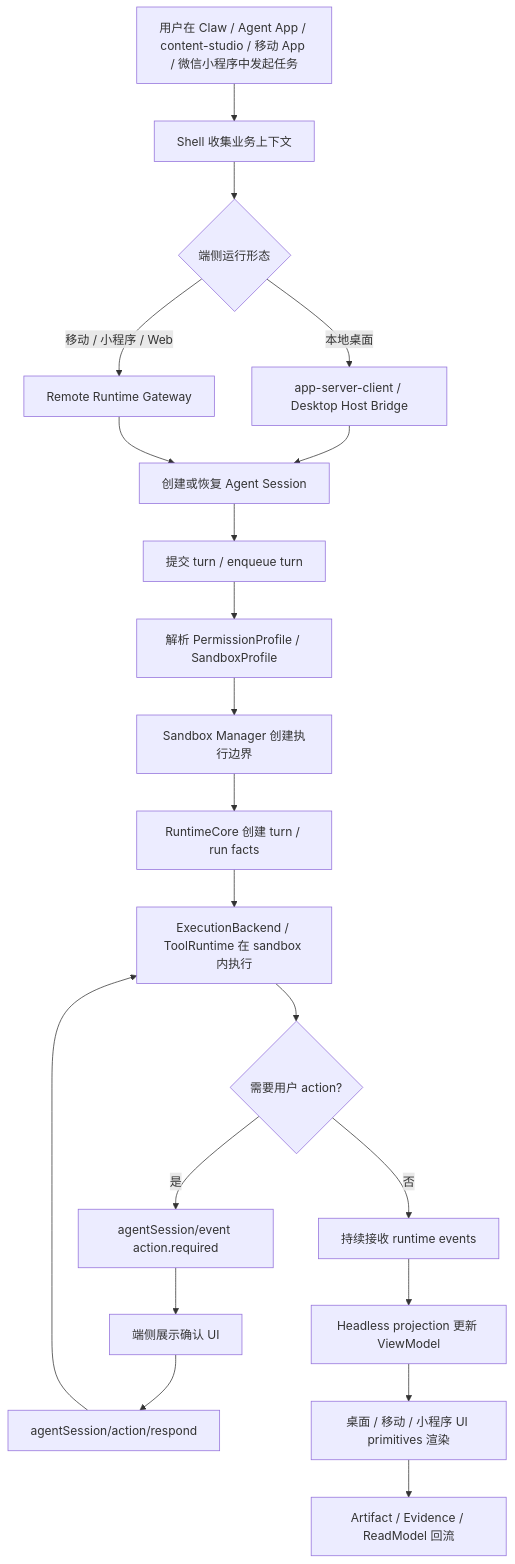
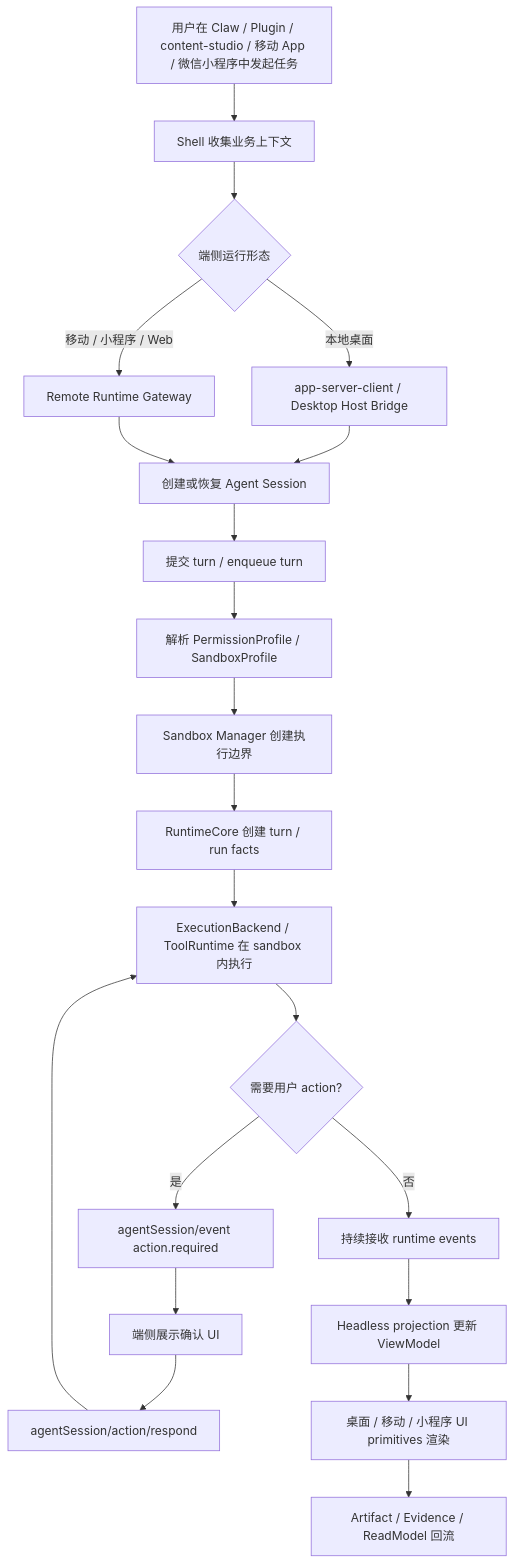
Before and after one commit to jiujuan/lime: the first of 11 diagrams in internal/prd/next/flowcharts.md, drawn with Mermaid. The commit also changed 527 other files, not shown here.

````diff
--- a/internal/prd/next/flowcharts.md
+++ b/internal/prd/next/flowcharts.md
@@ -8,23 +8,23 @@
 ```mermaid
 flowchart TD
-    A["用户在 Claw / Agent App / content-studio / 移动 App / 微信小程序中发起任务"] --> B["Shell 收集业务上下文"]
+    A["用户在 Claw / Plugin / content-studio / 移动 App / 微信小程序中发起任务"] --> B["Shell 收集业务上下文"]
     B --> C{"端侧运行形态"}
     C -- 本地桌面 --> D["app-server-client / Desktop Host Bridge"]
     C -- 移动 / 小程序 / Web --> E["Remote Runtime Gateway"]
     D --> F["创建或恢复 Agent Session"]
     E --> F
     F --> G["提交 turn / enqueue turn"]
     G --> G1["解析 PermissionProfile / SandboxProfile"]
     G1 --> G2["Sandbox Manager 创建执行边界"]
     G2 --> H["RuntimeCore 创建 turn / run facts"]
     H --> I["ExecutionBackend / ToolRuntime 在 sandbox 内执行"]
     I --> J{"需要用户 action?"}
     J -- 是 --> K["agentSession/event action.required"]
     K --> L["端侧展示确认 UI"]
     L --> M["agentSession/action/respond"]
     M --> I
     J -- 否 --> N["持续接收 runtime events"]
     N --> O["Headless projection 更新 ViewModel"]
     O --> P["桌面 / 移动 / 小程序 UI primitives 渲染"]
     P --> Q["Artifact / Evidence / ReadModel 回流"]
 ```
````
